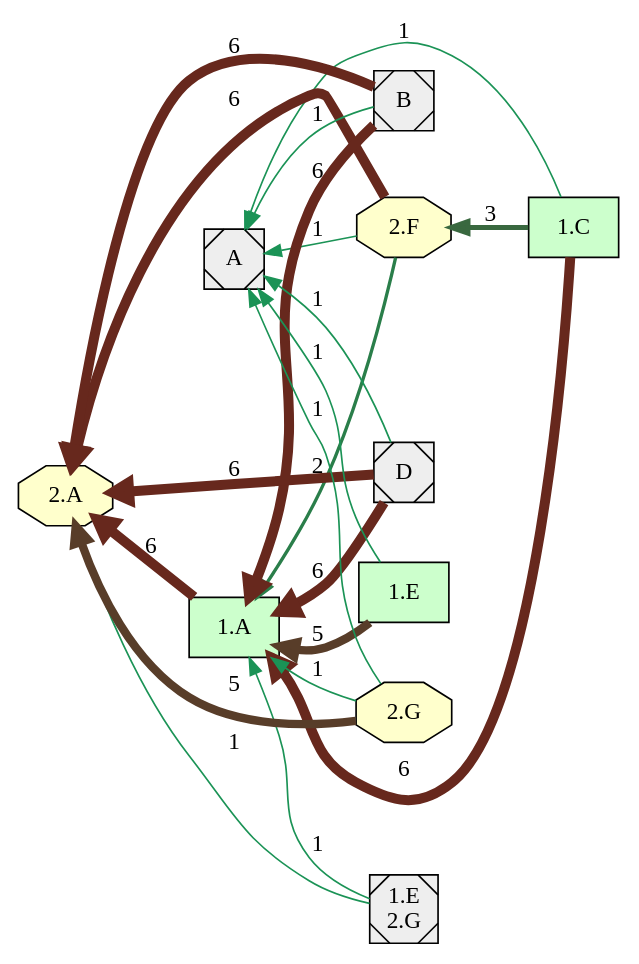
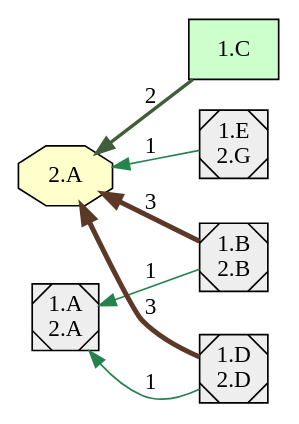
The diagram in example/abstract4/abstract4_all.dot (EulerProject/EulerX), drawn with Graphviz before and after one commit. The commit also changed 12 other files, not shown here.

```diff
--- a/example/abstract4/abstract4_all.dot
+++ b/example/abstract4/abstract4_all.dot
@@ -4,207 +4,62 @@
 
   node [shape=box style="filled" fillcolor="#CCFFCC"]
   "1.C"
-  "1.A"
-  "1.C"
-  "1.A"
-  "1.A"
-  "1.A"
-  "1.A"
   node [shape=octagon style="filled" fillcolor="#FFFFCC"]
-  "2.F"
-  "2.A"
-  "2.F"
   "2.A"
   "2.A"
   "2.A"
   "2.A"
   node [shape=Msquare style="filled" fillcolor="#EEEEEE"]
-  "B"
+  "1.B\n2.B"
   "1.E\n2.G"
-  "D"
-  "D"
+  "1.D\n2.D"
+  "1.D\n2.D"
   "1.E\n2.G"
-  "B"
-  "B"
+  "1.B\n2.B"
+  "1.B\n2.B"
   "1.E\n2.G"
-  "D"
-  "B"
-  "1.E\n2.G"
-  "D"
+  "1.D\n2.D"
+  node [shape=box style="filled" fillcolor="#CCFFCC"]
+  node [shape=octagon style="filled" fillcolor="#FFFFCC"]
+  "2.A"
+  "2.A"
+  node [shape=Msquare style="filled" fillcolor="#EEEEEE"]
+  "1.D\n2.D"
+  "1.B\n2.B"
+  "1.B\n2.B"
+  "1.D\n2.D"
+  "1.D\n2.D"
+  "1.B\n2.B"
   node [shape=box style="filled" fillcolor="#CCFFCC"]
   "1.C"
-  "1.A"
-  "1.E"
-  "1.A"
-  "1.A"
-  "1.A"
-  "1.A"
   node [shape=octagon style="filled" fillcolor="#FFFFCC"]
-  "2.F"
-  "2.A"
-  "2.G"
-  "2.A"
   "2.A"
   "2.A"
   "2.A"
   node [shape=Msquare style="filled" fillcolor="#EEEEEE"]
-  "D"
-  "B"
-  "B"
-  "D"
-  "D"
-  "B"
-  "D"
-  "B"
+  "1.D\n2.D"
+  "1.B\n2.B"
+  "1.B\n2.B"
+  "1.D\n2.D"
+  "1.D\n2.D"
+  "1.B\n2.B"
   node [shape=box style="filled" fillcolor="#CCFFCC"]
-  "1.C"
-  "1.A"
-  "1.E"
-  "1.A"
-  "1.A"
-  "1.A"
-  "1.A"
-  "1.A"
   node [shape=octagon style="filled" fillcolor="#FFFFCC"]
-  "2.F"
-  "2.A"
-  "2.A"
-  "2.G"
-  "2.G"
-  "2.A"
-  "2.A"
-  "2.A"
   node [shape=Msquare style="filled" fillcolor="#EEEEEE"]
-  "D"
-  "B"
-  "B"
-  "D"
-  "D"
-  "B"
-  "D"
-  "B"
-  node [shape=box style="filled" fillcolor="#CCFFCC"]
-  "1.C"
-  "1.A"
-  "1.E"
-  "1.A"
-  "1.C"
-  "1.A"
-  "1.A"
-  "1.A"
-  node [shape=octagon style="filled" fillcolor="#FFFFCC"]
-  "2.F"
-  "2.A"
-  "2.G"
-  "2.A"
-  "2.F"
-  "2.A"
-  "2.A"
-  "2.A"
-  node [shape=Msquare style="filled" fillcolor="#EEEEEE"]
-  "D"
-  "B"
-  "B"
-  "D"
-  "D"
-  "B"
-  "D"
-  "B"
-  node [shape=box style="filled" fillcolor="#CCFFCC"]
-  "1.C"
-  "1.A"
-  "1.E"
-  "1.A"
-  "1.A"
-  "1.A"
-  "1.A"
-  "1.A"
-  node [shape=octagon style="filled" fillcolor="#FFFFCC"]
-  "2.G"
-  "2.A"
-  "2.A"
-  "2.F"
-  "2.F"
-  "2.A"
-  "2.A"
-  "2.A"
-  node [shape=Msquare style="filled" fillcolor="#EEEEEE"]
-  "D"
-  "B"
-  "B"
-  "D"
-  "D"
-  "B"
-  "D"
-  "B"
-  node [shape=box style="filled" fillcolor="#CCFFCC"]
-  "1.C"
-  "1.E"
-  node [shape=octagon style="filled" fillcolor="#FFFFCC"]
-  "2.F"
-  "2.G"
-  node [shape=Msquare style="filled" fillcolor="#EEEEEE"]
-  "B"
-  "A"
-  "D"
-  "D"
-  "A"
-  "B"
-  "A"
-  "A"
-  "A"
-  "A"
-  "B"
-  "A"
-  "D"
-  "A"
-  node [shape=box style="filled" fillcolor="#CCFFCC"]
-  "1.E"
-  "1.A"
-  "1.C"
-  "1.A"
-  "1.A"
-  "1.A"
-  "1.A"
-  "1.C"
-  "1.A"
-  node [shape=octagon style="filled" fillcolor="#FFFFCC"]
-  "2.G"
-  "2.A"
-  "2.F"
-  "2.A"
-  "2.F"
-  "2.F"
-  "2.A"
-  "2.A"
-  "2.A"
-  node [shape=Msquare style="filled" fillcolor="#EEEEEE"]
-  "D"
-  "B"
-  "B"
-  "D"
-  "D"
-  "B"
-  "D"
-  "B"
-  "1.A" -> "2.A" [style=filled,label=6,penwidth=6,color="#67281d"];
-  "1.C" -> "1.A" [style=filled,label=6,penwidth=6,color="#67281d"];
-  "1.C" -> "2.F" [style=filled,label=3,penwidth=3,color="#39683f"];
-  "1.C" -> "A" [style=filled,label=1,penwidth=1,color="#1b9356"];
-  "1.E" -> "1.A" [style=filled,label=5,penwidth=5,color="#583d29"];
-  "1.E" -> "A" [style=filled,label=1,penwidth=1,color="#1b9356"];
-  "1.E\n2.G" -> "1.A" [style=filled,label=1,penwidth=1,color="#1b9356"];
-  "1.E\n2.G" -> "2.A" [style=filled,label=1,penwidth=1,color="#1b9356"];
-  "2.F" -> "1.A" [style=filled,label=2,penwidth=2,color="#2a7e4a"];
-  "2.F" -> "2.A" [style=filled,label=6,penwidth=6,color="#67281d"];
-  "2.F" -> "A" [style=filled,label=1,penwidth=1,color="#1b9356"];
-  "2.G" -> "1.A" [style=filled,label=1,penwidth=1,color="#1b9356"];
-  "2.G" -> "2.A" [style=filled,label=5,penwidth=5,color="#583d29"];
-  "2.G" -> "A" [style=filled,label=1,penwidth=1,color="#1b9356"];
-  "B" -> "1.A" [style=filled,label=6,penwidth=6,color="#67281d"];
-  "B" -> "2.A" [style=filled,label=6,penwidth=6,color="#67281d"];
-  "B" -> "A" [style=filled,label=1,penwidth=1,color="#1b9356"];
-  "D" -> "1.A" [style=filled,label=6,penwidth=6,color="#67281d"];
-  "D" -> "2.A" [style=filled,label=6,penwidth=6,color="#67281d"];
-  "D" -> "A" [style=filled,label=1,penwidth=1,color="#1b9356"];
+  "1.B\n2.B"
+  "1.A\n2.A"
+  "1.D\n2.D"
+  "1.D\n2.D"
+  "1.A\n2.A"
+  "1.B\n2.B"
+  "1.B\n2.B"
+  "1.A\n2.A"
+  "1.D\n2.D"
+  "1.A\n2.A"
+  "1.B\n2.B" -> "1.A\n2.A" [style=filled,label=1,penwidth=1,color="#27834d"];
+  "1.B\n2.B" -> "2.A" [style=filled,label=3,penwidth=3,color="#5c3826"];
+  "1.C" -> "2.A" [style=filled,label=2,penwidth=2,color="#415e3a"];
+  "1.D\n2.D" -> "1.A\n2.A" [style=filled,label=1,penwidth=1,color="#27834d"];
+  "1.D\n2.D" -> "2.A" [style=filled,label=3,penwidth=3,color="#5c3826"];
+  "1.E\n2.G" -> "2.A" [style=filled,label=1,penwidth=1,color="#27834d"];
 }
```
